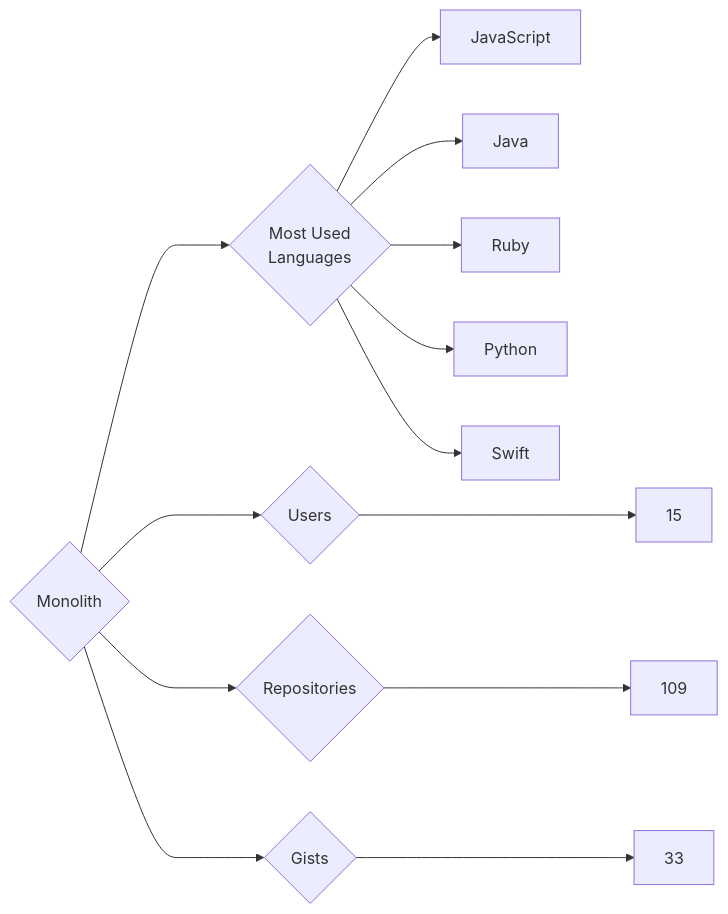
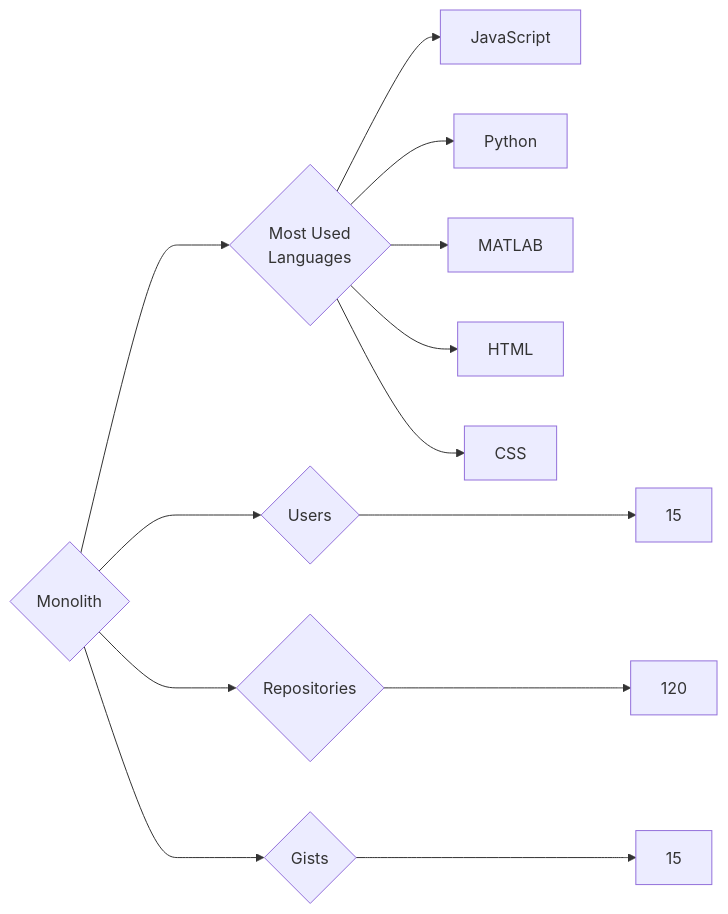
Before and after one commit to trickest/insiders: the diagram in targets/Monolith/README.md, drawn with Mermaid. The commit also changed 955 other files, not shown here.

````diff
--- a/targets/Monolith/README.md
+++ b/targets/Monolith/README.md
@@ -3,13 +3,13 @@
 ```mermaid
 graph LR
 COMPANY_NAME{Monolith}
 COMPANY_NAME ---> U{Users} ---> UN[15]
-COMPANY_NAME ---> R{Repositories} ---> RN[109]
-COMPANY_NAME ---> G{Gists} ---> GN[33]
+COMPANY_NAME ---> R{Repositories} ---> RN[120]
+COMPANY_NAME ---> G{Gists} ---> GN[15]
 COMPANY_NAME ---> ML{Most Used<br>Languages}
 ML --> JavaScript[JavaScript]
-ML --> Java[Java]
-ML --> Ruby[Ruby]
 ML --> Python[Python]
-ML --> Swift[Swift]
+ML --> MATLAB[MATLAB]
+ML --> HTML[HTML]
+ML --> CSS[CSS]
 ```
````
